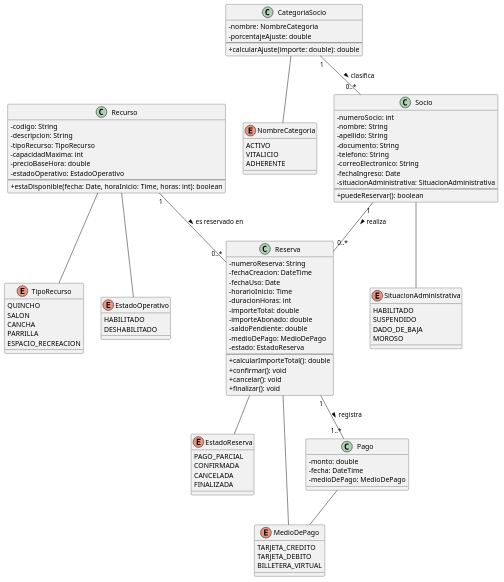
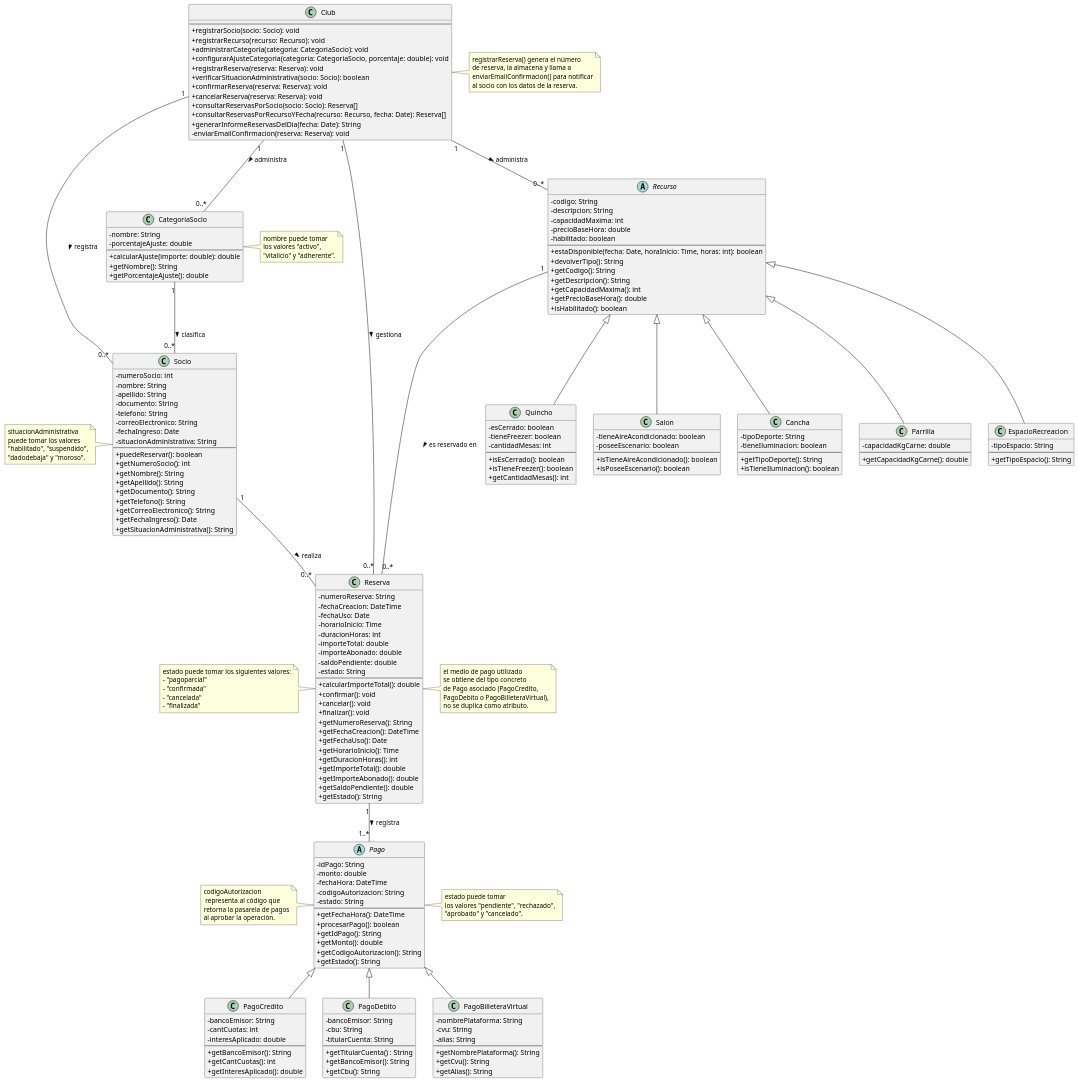
Before and after one commit to h3l333/proyecto-los-alamos: the diagram in docs/arquitectura/diagrama-clases.puml, drawn with PlantUML.

Commit message:
Corregir diagrama de clases, implementando herencia y añadiendo una gestora

```diff
--- a/docs/arquitectura/diagrama-clases.puml
+++ b/docs/arquitectura/diagrama-clases.puml
@@ -1,143 +1,196 @@
 @startuml diagrama-clases-los-alamos
-
 skinparam classAttributeIconSize 0
-
-' ==========================
-' Enumeraciones
-' ==========================
-
-' Una clase de tipo "enum" define una colección
-' de constantes; provee seguridad de tipos al
-' momento de compilación restringiendo una variable
-' a un predefinido conjunto de valores fijos.
-' En PlantUML, se identifican con un ícono a su izquierda con la letra "E".
-
-enum SituacionAdministrativa {
-    HABILITADO
-    SUSPENDIDO
-    DADO_DE_BAJA
-    MOROSO
-}
-
-enum NombreCategoria {
-    ACTIVO
-    VITALICIO
-    ADHERENTE
-}
-
-enum TipoRecurso {
-    QUINCHO
-    SALON
-    CANCHA
-    PARRILLA
-    ESPACIO_RECREACION
-}
-
-enum EstadoOperativo {
-    HABILITADO
-    DESHABILITADO
-}
-
-enum EstadoReserva {
-    PAGO_PARCIAL
-    CONFIRMADA
-    CANCELADA
-    FINALIZADA
-}
-
-enum MedioDePago {
-    TARJETA_CREDITO
-    TARJETA_DEBITO
-    BILLETERA_VIRTUAL
-}
-
-' ==========================
-' Clases persistentes
-' ==========================
-
-' Las clases persistentes son aquellas cuyos atributos e instancias se guardan
-' como datos dentro de una BD externa o un archivo externo para no perderse
-' al dejar de correr el programa.
-' Difieren de las no persistentes, cuyos datos no necesitan ser guardados
-' en el sistema al manejar lógica temporal o interfaces (ej. Calculadora,
-' ControladorVista).
-' En PlantUML, se identifican con un ícono a su izquierda con la letra "C".
 
 class Socio {
     - numeroSocio: int
     - nombre: String
     - apellido: String
     - documento: String
     - telefono: String
     - correoElectronico: String
     - fechaIngreso: Date
-    - situacionAdministrativa: SituacionAdministrativa
+    - situacionAdministrativa: String
     --
     + puedeReservar(): boolean
+    + getNumeroSocio(): int
+    + getNombre(): String
+    + getApellido(): String
+    + getDocumento(): String
+    + getTelefono(): String
+    + getCorreoElectronico(): String
+    + getFechaIngreso(): Date
+    + getSituacionAdministrativa(): String
 }
 
+note left of Socio: situacionAdministrativa\npuede tomar los valores\n"habilitado", "suspendido",\n"dadodebaja" y "moroso".
+
 class CategoriaSocio {
-    - nombre: NombreCategoria
+    - nombre: String
     - porcentajeAjuste: double
     --
     + calcularAjuste(importe: double): double
+    + getNombre(): String
+    + getPorcentajeAjuste(): double
 }
 
-class Recurso {
+note right of CategoriaSocio: nombre puede tomar\nlos valores "activo",\n"vitalicio" y "adherente".
+
+abstract class Recurso {
     - codigo: String
     - descripcion: String
-    - tipoRecurso: TipoRecurso
     - capacidadMaxima: int
     - precioBaseHora: double
-    - estadoOperativo: EstadoOperativo
+    - habilitado: boolean
     --
     + estaDisponible(fecha: Date, horaInicio: Time, horas: int): boolean
+    + devolverTipo(): String
+    + getCodigo(): String
+    + getDescripcion(): String
+    + getCapacidadMaxima(): int
+    + getPrecioBaseHora(): double
+    + isHabilitado(): boolean
+}
+
+class Quincho extends Recurso {
+    - esCerrado: boolean
+    - tieneFreezer: boolean
+    - cantidadMesas: int
+    --
+    + isEsCerrado(): boolean
+    + isTieneFreezer(): boolean
+    + getCantidadMesas(): int
+}
+
+class Salon extends Recurso {
+    - tieneAireAcondicionado: boolean
+    - poseeEscenario: boolean
+    --
+    + isTieneAireAcondicionado(): boolean
+    + isPoseeEscenario(): boolean
+}
+
+class Cancha extends Recurso {
+    - tipoDeporte: String
+    - tieneIluminacion: boolean
+    --
+    + getTipoDeporte(): String
+    + isTieneIluminacion(): boolean
+}
+
+class Parrilla extends Recurso {
+    - capacidadKgCarne: double
+    --
+    + getCapacidadKgCarne(): double
+}
+
+class EspacioRecreacion extends Recurso {
+    - tipoEspacio: String
+    --
+    + getTipoEspacio(): String
 }
 
 class Reserva {
     - numeroReserva: String
     - fechaCreacion: DateTime
     - fechaUso: Date
     - horarioInicio: Time
     - duracionHoras: int
     - importeTotal: double
     - importeAbonado: double
     - saldoPendiente: double
-    - medioDePago: MedioDePago
-    - estado: EstadoReserva
+    - estado: String
     --
     + calcularImporteTotal(): double
     + confirmar(): void
     + cancelar(): void
     + finalizar(): void
+    + getNumeroReserva(): String
+    + getFechaCreacion(): DateTime
+    + getFechaUso(): Date
+    + getHorarioInicio(): Time
+    + getDuracionHoras(): int
+    + getImporteTotal(): double
+    + getImporteAbonado(): double
+    + getSaldoPendiente(): double
+    + getEstado(): String
 }
 
-class Pago {
+note left of Reserva: estado puede tomar los siguientes valores:\n- "pagoparcial"\n- "confirmada"\n- "cancelada"\n- "finalizada"
+note right of Reserva: el medio de pago utilizado\nse obtiene del tipo concreto\nde Pago asociado (PagoCredito,\nPagoDebito o PagoBilleteraVirtual),\nno se duplica como atributo.
+
+abstract class Pago {
+    - idPago: String
     - monto: double
-    - fecha: DateTime
-    - medioDePago: MedioDePago
+    - fechaHora: DateTime
+    - codigoAutorizacion: String
+    - estado: String
+    --
+    + getFechaHora(): DateTime
+    + procesarPago(): boolean
+    + getIdPago(): String
+    + getMonto(): double
+    + getCodigoAutorizacion(): String
+    + getEstado(): String
 }
 
-' ==========================
-' Relaciones
-' ==========================
+note right of Pago: estado puede tomar\nlos valores "pendiente", "rechazado",\n"aprobado" y "cancelado".
+note left of Pago: codigoAutorizacion\n representa al código que\nretorna la pasarela de pagos\nal aprobar la operación.
 
-' - Una flecha punteada indica que una clase temporalmente usa a otra
-'   dentro de un método como parámetro o variable local.
-' - Una línea no punteada indica que una clase tiene una referencia permanente
-'   a una instancia de otra clase dentro de un atributo suyo.
+class PagoCredito extends Pago {
+    - bancoEmisor: String
+    - cantCuotas: int
+    - interesAplicado: double
+    --
+    + getBancoEmisor(): String
+    + getCantCuotas(): int
+    + getInteresAplicado(): double
+}
 
+class PagoDebito extends Pago {
+    - bancoEmisor: String
+    - cbu: String
+    - titularCuenta: String
+    --
+    + getTitularCuenta() : String
+    + getBancoEmisor(): String
+    + getCbu(): String
+}
+
+class PagoBilleteraVirtual extends Pago {
+    - nombrePlataforma: String
+    - cvu: String
+    - alias: String
+    --
+    + getNombrePlataforma(): String
+    + getCvu(): String
+    + getAlias(): String
+}
+
+class Club {
+    --
+    + registrarSocio(socio: Socio): void
+    + registrarRecurso(recurso: Recurso): void
+    + administrarCategoria(categoria: CategoriaSocio): void
+    + configurarAjusteCategoria(categoria: CategoriaSocio, porcentaje: double): void
+    + registrarReserva(reserva: Reserva): void
+    + verificarSituacionAdministrativa(socio: Socio): boolean
+    + confirmarReserva(reserva: Reserva): void
+    + cancelarReserva(reserva: Reserva): void
+    + consultarReservasPorSocio(socio: Socio): Reserva[]
+    + consultarReservasPorRecursoYFecha(recurso: Recurso, fecha: Date): Reserva[]
+    + generarInformeReservasDelDia(fecha: Date): String
+    - enviarEmailConfirmacion(reserva: Reserva): void
+}
+
+note right of Club: registrarReserva() genera el número\nde reserva, la almacena y llama a\nenviarEmailConfirmacion() para notificar\nal socio con los datos de la reserva.
+
+Club "1" -- "0..*" Socio : registra >
+Club "1" -- "0..*" Recurso : administra >
+Club "1" -- "0..*" CategoriaSocio : administra >
+Club "1" -- "0..*" Reserva : gestiona >
 Socio "1" -- "0..*" Reserva : realiza >
+CategoriaSocio "1" -- "0..*" Socio : clasifica >
 Recurso "1" -- "0..*" Reserva : es reservado en >
-CategoriaSocio "1" -- "0..*" Socio : clasifica >
 Reserva "1" -- "1..*" Pago : registra >
 
-Socio -- SituacionAdministrativa
-CategoriaSocio -- NombreCategoria
-Recurso -- TipoRecurso
-Recurso -- EstadoOperativo
-Reserva -- EstadoReserva
-Reserva -- MedioDePago
-Pago -- MedioDePago
-
 @enduml
```
